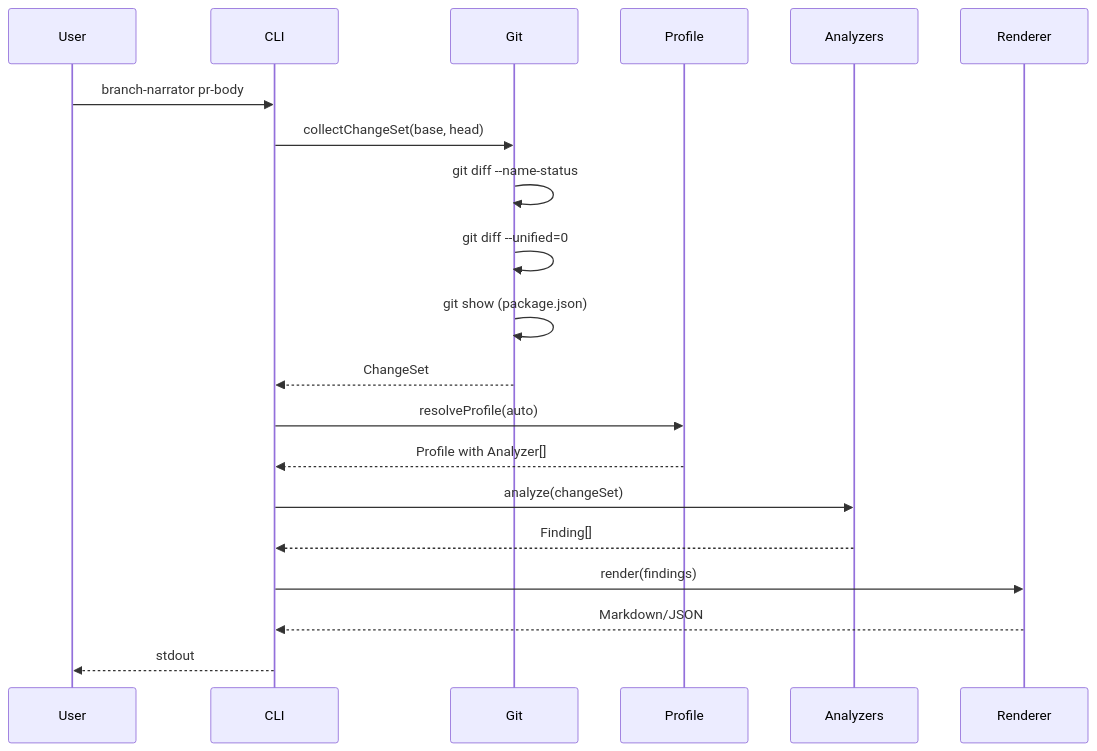
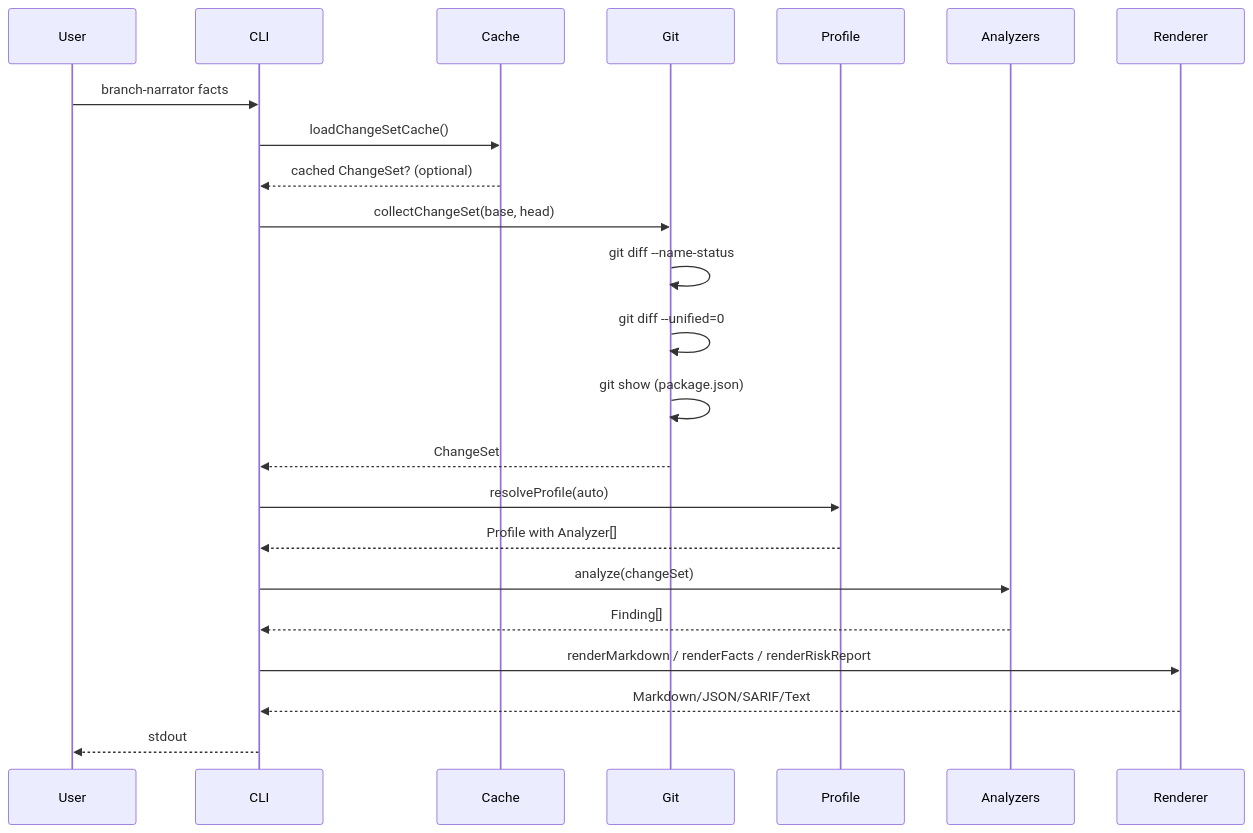
The second of 2 diagrams in docs/02-architecture/overview.md (better-vibe/branch-narrator), drawn with Mermaid before and after one commit. The commit also changed other lines of this file and 39 other files, not shown here.

````diff
--- a/docs/02-architecture/overview.md
+++ b/docs/02-architecture/overview.md
@@ -47,23 +62,26 @@
 ```mermaid
 sequenceDiagram
     participant User
     participant CLI
+    participant Cache
     participant Git
     participant Profile
     participant Analyzers
     participant Renderer
 
-    User->>CLI: branch-narrator pr-body
+    User->>CLI: branch-narrator facts
+    CLI->>Cache: loadChangeSetCache()
+    Cache-->>CLI: cached ChangeSet? (optional)
     CLI->>Git: collectChangeSet(base, head)
     Git->>Git: git diff --name-status
     Git->>Git: git diff --unified=0
     Git->>Git: git show (package.json)
     Git-->>CLI: ChangeSet
     CLI->>Profile: resolveProfile(auto)
     Profile-->>CLI: Profile with Analyzer[]
     CLI->>Analyzers: analyze(changeSet)
     Analyzers-->>CLI: Finding[]
-    CLI->>Renderer: render(findings)
-    Renderer-->>CLI: Markdown/JSON
+    CLI->>Renderer: renderMarkdown / renderFacts / renderRiskReport
+    Renderer-->>CLI: Markdown/JSON/SARIF/Text
     CLI-->>User: stdout
 ```
````
